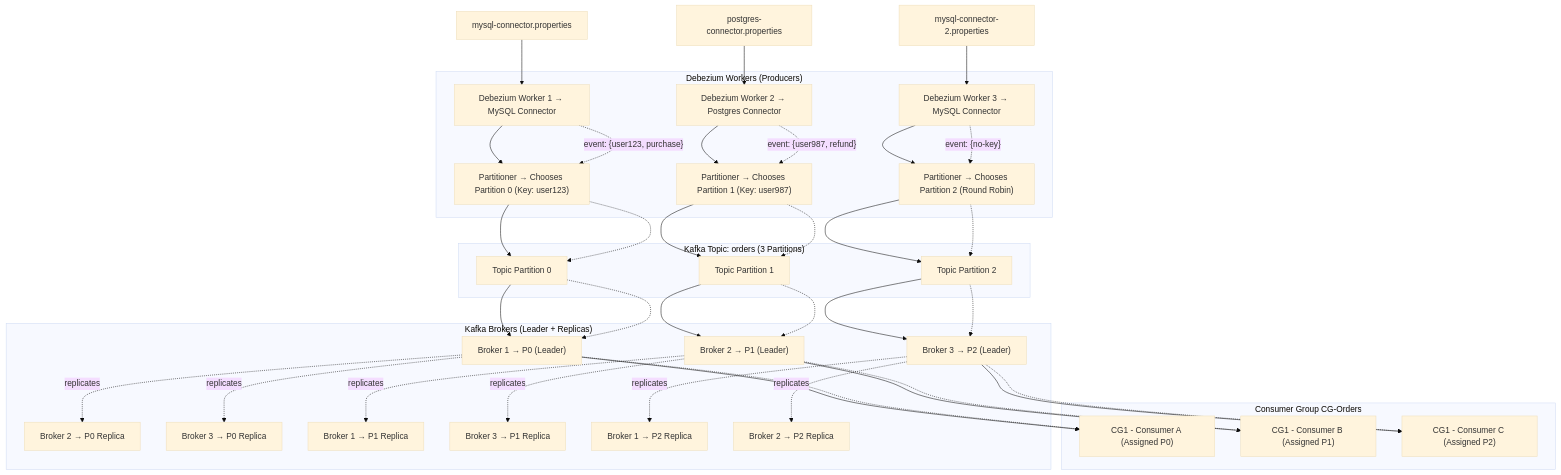
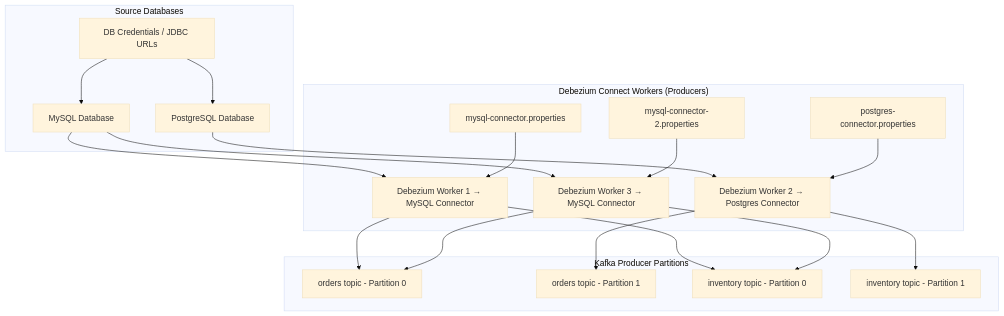
Before and after one commit to Mallick17/AWS-Analytics: the first of 5 diagrams in README.md, drawn with Mermaid (base theme).

````diff
--- a/README.md
+++ b/README.md
@@ -444,112 +444,60 @@
 flowchart TD
 
 %% ============================
-%% DEBEZIUM WORKERS (Act as Producers)
+%% SOURCE DATABASES
 %% ============================
-subgraph DebeziumProducers["Debezium Workers (Producers)"]
+subgraph SourceDB["Source Databases"]
+    MySQLDB[MySQL Database]
+    PostgresDB[PostgreSQL Database]
+    DBConfig["DB Credentials / JDBC URLs"]
+end
+
+%% ============================
+%% DEBEZIUM CONNECT WORKERS
+%% ============================
+subgraph DebeziumWorkers["Debezium Connect Workers (Producers)"]
     DW1[Debezium Worker 1 → MySQL Connector]
     DW2[Debezium Worker 2 → Postgres Connector]
     DW3[Debezium Worker 3 → MySQL Connector]
 
-    PP1["Partitioner → Chooses Partition 0 (Key: user123)"]
-    PP2["Partitioner → Chooses Partition 1 (Key: user987)"]
-    PP3["Partitioner → Chooses Partition 2 (Round Robin)"]
-
-    DW1 --> PP1
-    DW2 --> PP2
-    DW3 --> PP3
+    DW1Config["mysql-connector.properties"]
+    DW2Config["postgres-connector.properties"]
+    DW3Config["mysql-connector-2.properties"]
 end
 
 %% ============================
-%% TOPIC PARTITIONS
+%% KAFKA PRODUCER PARTITIONS
 %% ============================
-subgraph TopicLayer["Kafka Topic: orders (3 Partitions)"]
-    TP0["Topic Partition 0"]
-    TP1["Topic Partition 1"]
-    TP2["Topic Partition 2"]
+subgraph KafkaProducers["Kafka Producer Partitions"]
+    OrdersP0["orders topic - Partition 0"]
+    OrdersP1["orders topic - Partition 1"]
+    InventoryP0["inventory topic - Partition 0"]
+    InventoryP1["inventory topic - Partition 1"]
 end
 
-PP1 --> TP0
-PP2 --> TP1
-PP3 --> TP2
-
 %% ============================
-%% BROKER LAYER (LEADER + REPLICAS)
-%% ============================
-subgraph BrokerLayer["Kafka Brokers (Leader + Replicas)"]
-    %% Leaders
-    BP0L["Broker 1 → P0 (Leader)"]
-    BP1L["Broker 2 → P1 (Leader)"]
-    BP2L["Broker 3 → P2 (Leader)"]
-
-    %% Replicas
-    BP0R2["Broker 2 → P0 Replica"]
-    BP0R3["Broker 3 → P0 Replica"]
-
-    BP1R1["Broker 1 → P1 Replica"]
-    BP1R3["Broker 3 → P1 Replica"]
-
-    BP2R1["Broker 1 → P2 Replica"]
-    BP2R2["Broker 2 → P2 Replica"]
-end
-
-TP0 --> BP0L
-TP1 --> BP1L
-TP2 --> BP2L
-
-%% Replication
-BP0L -.replicates.-> BP0R2
-BP0L -.replicates.-> BP0R3
-
-BP1L -.replicates.-> BP1R1
-BP1L -.replicates.-> BP1R3
-
-BP2L -.replicates.-> BP2R1
-BP2L -.replicates.-> BP2R2
-
-%% ============================
-%% CONSUMER GROUP 1
-%% ============================
-subgraph CG1["Consumer Group CG-Orders"]
-    C1A["CG1 - Consumer A (Assigned P0)"]
-    C1B["CG1 - Consumer B (Assigned P1)"]
-    C1C["CG1 - Consumer C (Assigned P2)"]
-end
-
-BP0L --> C1A
-BP1L --> C1B
-BP2L --> C1C
-
-%% ============================
-%% DATA FLOWS (3 Examples)
+%% CONNECTIONS
 %% ============================
 
-%% FLOW 1
-DW1 -. "event: {user123, purchase}" .-> PP1
-PP1 -.-> TP0
-TP0 -.-> BP0L
-BP0L -.-> C1A
+%% Database -> Connectors (inside workers)
+MySQLDB --> DW1
+PostgresDB --> DW2
+MySQLDB --> DW3
+DBConfig --> MySQLDB
+DBConfig --> PostgresDB
 
-%% FLOW 2
-DW2 -. "event: {user987, refund}" .-> PP2
-PP2 -.-> TP1
-TP1 -.-> BP1L
-BP1L -.-> C1B
-
-%% FLOW 3
-DW3 -. "event: {no-key}" .-> PP3
-PP3 -.-> TP2
-TP2 -.-> BP2L
-BP2L -.-> C1C
-
-%% ============================
-%% DEBEZIUM CONNECTOR CONFIG FILES
-%% ============================
-DW1Config["mysql-connector.properties"]
-DW2Config["postgres-connector.properties"]
-DW3Config["mysql-connector-2.properties"]
-
+%% Worker config files
 DW1Config --> DW1
 DW2Config --> DW2
 DW3Config --> DW3
+
+%% Workers -> Kafka Producer Partitions
+DW1 --> OrdersP0
+DW1 --> InventoryP0
+
+DW2 --> OrdersP1
+DW2 --> InventoryP1
+
+DW3 --> OrdersP0
+DW3 --> InventoryP0
 ```
````
